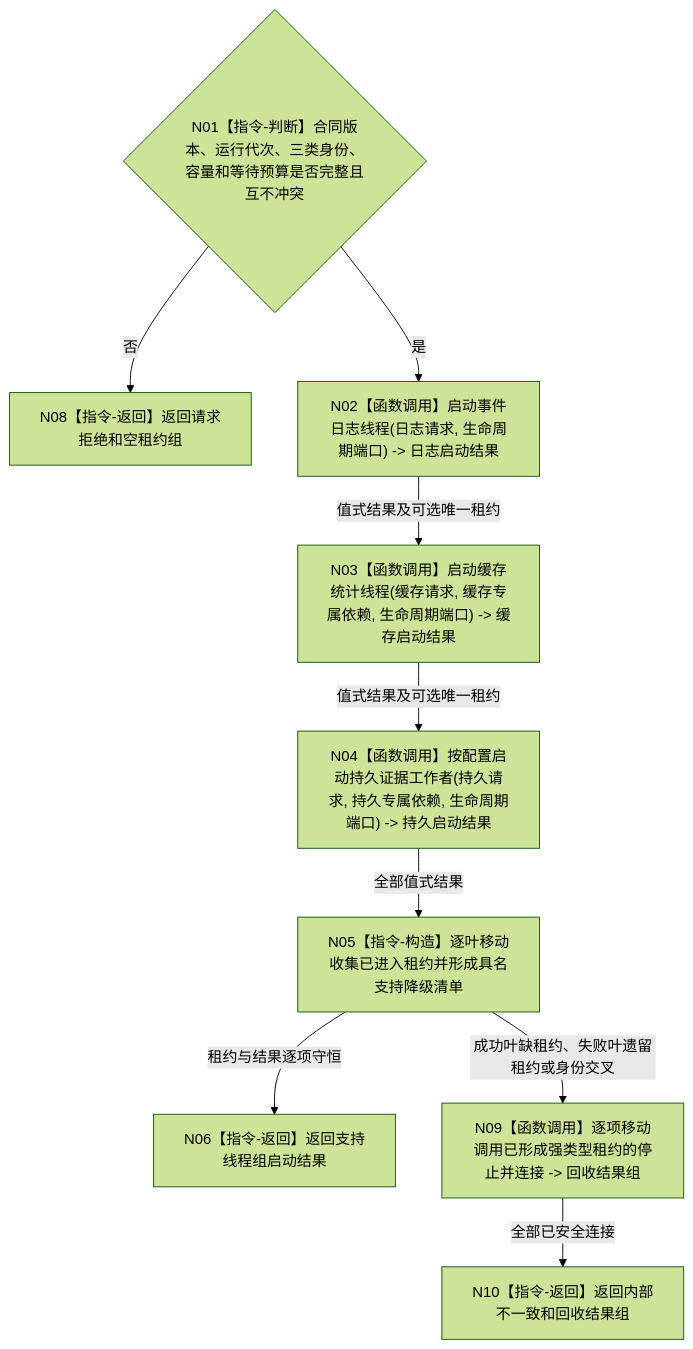
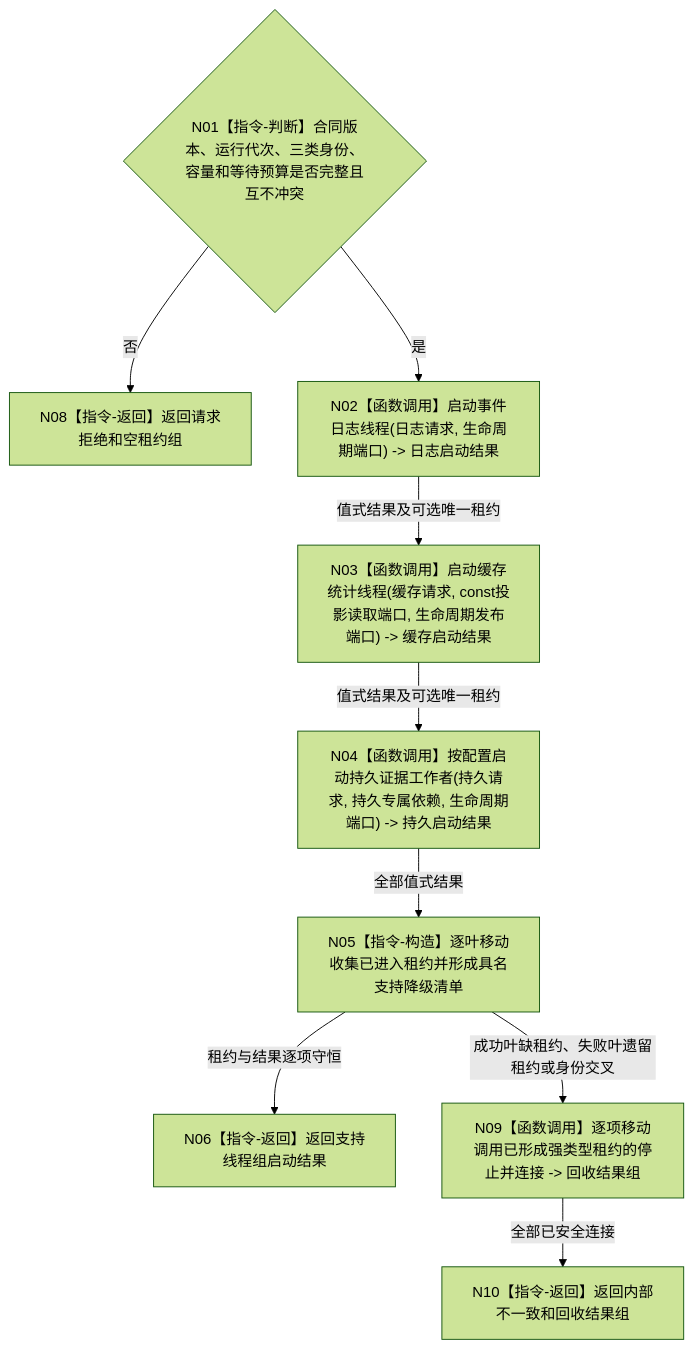
The diagram in 流程图/目标业务流程图/L2/BIZ-L2-001-04_启动支持线程组_目标函数流程图_v0.1.md (chunhaizh-cyber/HY-Ego), drawn with Mermaid (forest theme) before and after one commit. The commit also changed other lines of this file and 13 other files, not shown here.

````diff
--- a/流程图/目标业务流程图/L2/BIZ-L2-001-04_启动支持线程组_目标函数流程图_v0.1.md
+++ b/流程图/目标业务流程图/L2/BIZ-L2-001-04_启动支持线程组_目标函数流程图_v0.1.md
@@ -30,11 +30,11 @@
 ```mermaid
 flowchart TD
     N01{"N01【指令-判断】合同版本、运行代次、三类身份、容量和等待预算是否完整且互不冲突"} -->|否| N08["N08【指令-返回】返回请求拒绝和空租约组"]
     N01 -->|是| N02["N02【函数调用】启动事件日志线程(日志请求, 生命周期端口) -> 日志启动结果"]
-    N02 -->|值式结果及可选唯一租约| N03["N03【函数调用】启动缓存统计线程(缓存请求, 缓存专属依赖, 生命周期端口) -> 缓存启动结果"]
+    N02 -->|值式结果及可选唯一租约| N03["N03【函数调用】启动缓存统计线程(缓存请求, const投影读取端口, 生命周期发布端口) -> 缓存启动结果"]
     N03 -->|值式结果及可选唯一租约| N04["N04【函数调用】按配置启动持久证据工作者(持久请求, 持久专属依赖, 生命周期端口) -> 持久启动结果"]
     N04 -->|全部值式结果| N05["N05【指令-构造】逐叶移动收集已进入租约并形成具名支持降级清单"]
     N05 -->|租约与结果逐项守恒| N06["N06【指令-返回】返回支持线程组启动结果"]
     N05 -->|成功叶缺租约、失败叶遗留租约或身份交叉| N09["N09【函数调用】逐项移动调用已形成强类型租约的停止并连接 -> 回收结果组"]
     N09 -->|全部已安全连接| N10["N10【指令-返回】返回内部不一致和回收结果组"]
 ```
````
